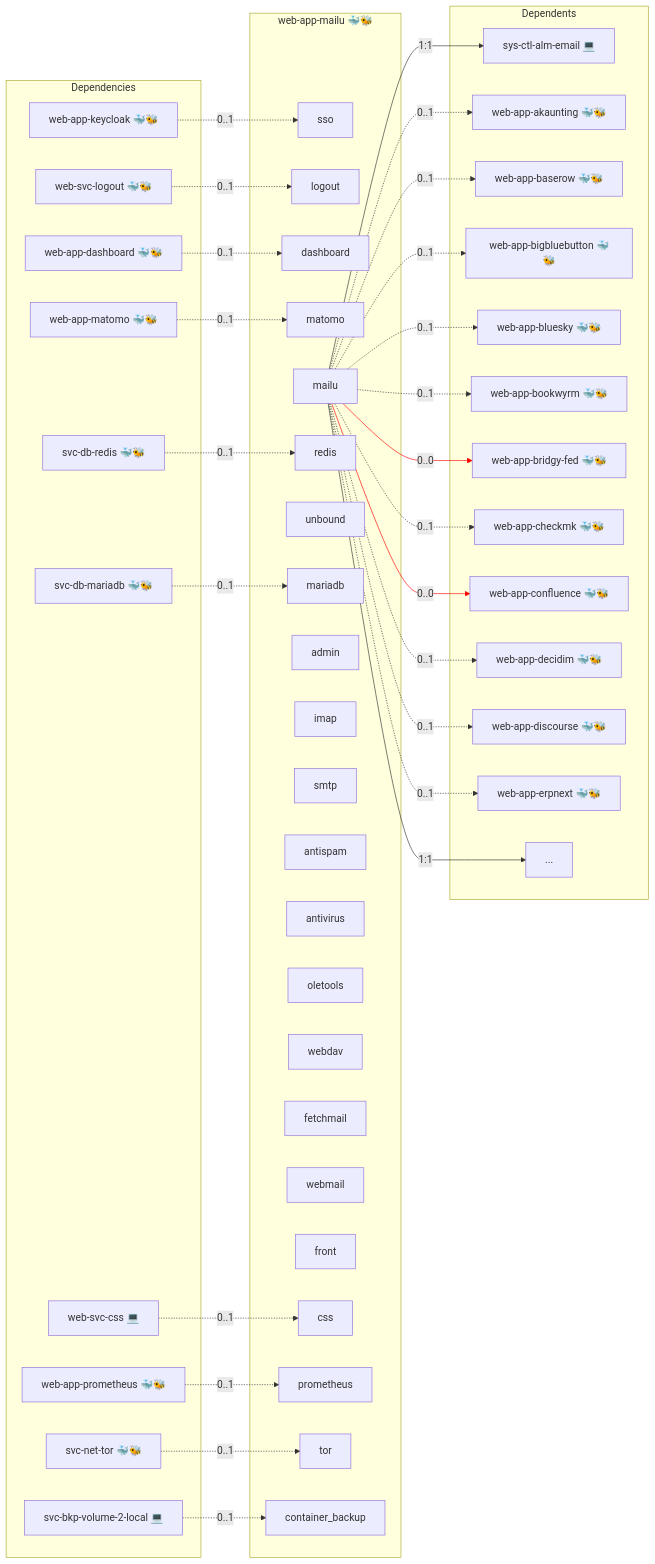
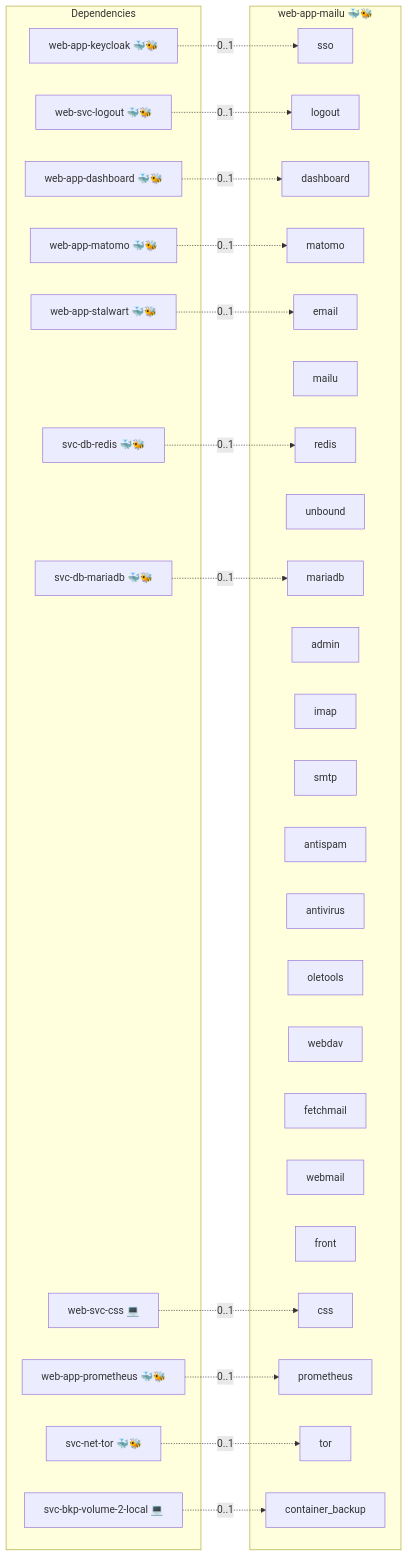
The diagram in roles/web-app-mailu/README.md (AlejandroRomanIbanez/infinito-nexus), drawn with Mermaid before and after one commit. The commit also changed 67 other files, not shown here.

````diff
--- a/roles/web-app-mailu/README.md
+++ b/roles/web-app-mailu/README.md
@@ -25,78 +25,52 @@
 ```mermaid
 flowchart LR
     subgraph deps [Dependencies]
         dep_svc_bkp_volume_2_local["svc-bkp-volume-2-local 💻"]
         dep_svc_db_mariadb["svc-db-mariadb 🐳🐝"]
         dep_svc_db_redis["svc-db-redis 🐳🐝"]
         dep_svc_net_tor["svc-net-tor 🐳🐝"]
         dep_web_app_dashboard["web-app-dashboard 🐳🐝"]
         dep_web_app_keycloak["web-app-keycloak 🐳🐝"]
         dep_web_app_matomo["web-app-matomo 🐳🐝"]
         dep_web_app_prometheus["web-app-prometheus 🐳🐝"]
+        dep_web_app_stalwart["web-app-stalwart 🐳🐝"]
         dep_web_svc_css["web-svc-css 💻"]
         dep_web_svc_logout["web-svc-logout 🐳🐝"]
     end
     subgraph role [web-app-mailu 🐳🐝]
         svc_sso["sso"]
         svc_logout["logout"]
         svc_dashboard["dashboard"]
         svc_matomo["matomo"]
+        svc_email["email"]
         svc_mailu["mailu"]
         svc_redis["redis"]
         svc_unbound["unbound"]
         svc_mariadb["mariadb"]
         svc_admin["admin"]
         svc_imap["imap"]
         svc_smtp["smtp"]
         svc_antispam["antispam"]
         svc_antivirus["antivirus"]
         svc_oletools["oletools"]
         svc_webdav["webdav"]
         svc_fetchmail["fetchmail"]
         svc_webmail["webmail"]
         svc_front["front"]
         svc_css["css"]
         svc_prometheus["prometheus"]
         svc_tor["tor"]
         svc_container_backup["container_backup"]
     end
-    subgraph dependents [Dependents]
-        dpt_sys_ctl_alm_email["sys-ctl-alm-email 💻"]
-        dpt_web_app_akaunting["web-app-akaunting 🐳🐝"]
-        dpt_web_app_baserow["web-app-baserow 🐳🐝"]
-        dpt_web_app_bigbluebutton["web-app-bigbluebutton 🐳🐝"]
-        dpt_web_app_bluesky["web-app-bluesky 🐳🐝"]
-        dpt_web_app_bookwyrm["web-app-bookwyrm 🐳🐝"]
-        dpt_web_app_bridgy_fed["web-app-bridgy-fed 🐳🐝"]
-        dpt_web_app_checkmk["web-app-checkmk 🐳🐝"]
-        dpt_web_app_confluence["web-app-confluence 🐳🐝"]
-        dpt_web_app_decidim["web-app-decidim 🐳🐝"]
-        dpt_web_app_discourse["web-app-discourse 🐳🐝"]
-        dpt_web_app_erpnext["web-app-erpnext 🐳🐝"]
-        dpt_more["..."]
-    end
     dep_svc_bkp_volume_2_local -. "0..1" .-> svc_container_backup
     dep_svc_db_mariadb -. "0..1" .-> svc_mariadb
     dep_svc_db_redis -. "0..1" .-> svc_redis
     dep_svc_net_tor -. "0..1" .-> svc_tor
     dep_web_app_dashboard -. "0..1" .-> svc_dashboard
     dep_web_app_keycloak -. "0..1" .-> svc_sso
     dep_web_app_matomo -. "0..1" .-> svc_matomo
     dep_web_app_prometheus -. "0..1" .-> svc_prometheus
+    dep_web_app_stalwart -. "0..1" .-> svc_email
     dep_web_svc_css -. "0..1" .-> svc_css
     dep_web_svc_logout -. "0..1" .-> svc_logout
-    svc_mailu -- "1:1" --> dpt_more
-    svc_mailu -- "1:1" --> dpt_sys_ctl_alm_email
-    svc_mailu -. "0..1" .-> dpt_web_app_akaunting
-    svc_mailu -. "0..1" .-> dpt_web_app_baserow
-    svc_mailu -. "0..1" .-> dpt_web_app_bigbluebutton
-    svc_mailu -. "0..1" .-> dpt_web_app_bluesky
-    svc_mailu -. "0..1" .-> dpt_web_app_bookwyrm
-    svc_mailu -- "0..0" --> dpt_web_app_bridgy_fed
-    svc_mailu -. "0..1" .-> dpt_web_app_checkmk
-    svc_mailu -- "0..0" --> dpt_web_app_confluence
-    svc_mailu -. "0..1" .-> dpt_web_app_decidim
-    svc_mailu -. "0..1" .-> dpt_web_app_discourse
-    svc_mailu -. "0..1" .-> dpt_web_app_erpnext
-    linkStyle 17,19 stroke:red;
 ```
````
